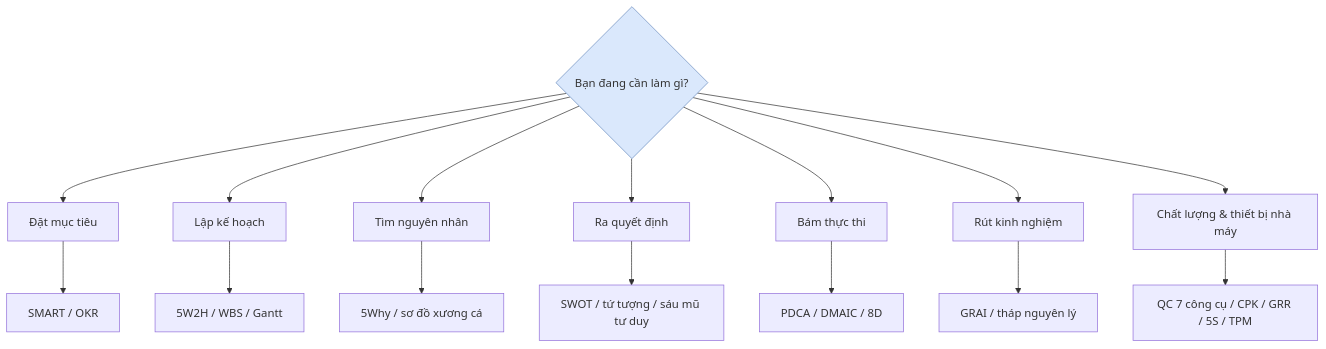
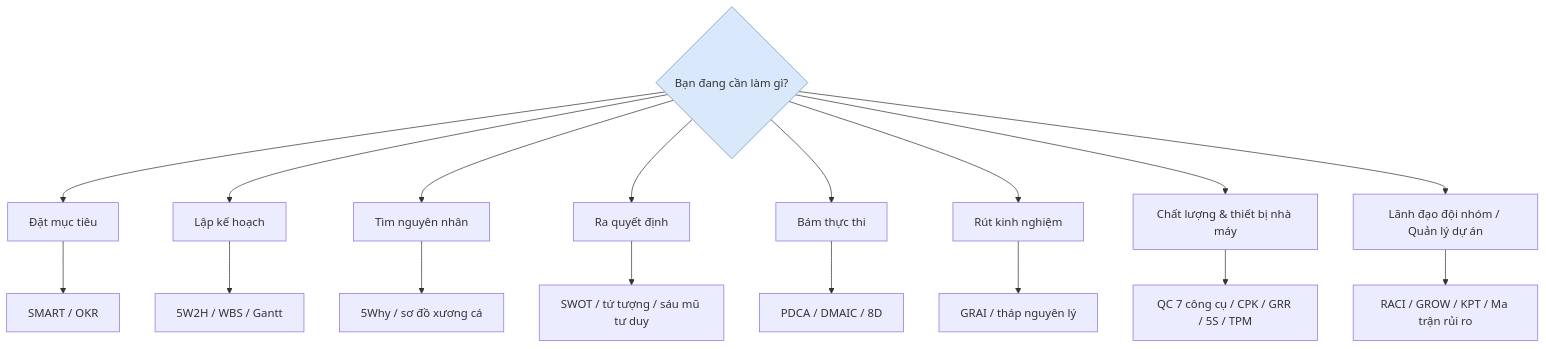
The first of 52 diagrams in README.vi.md (hoverwr-bit/management-methods), drawn with Mermaid before and after one commit. The commit also changed other lines of this file and 5 other files, not shown here.

Commit message:
新增21个工具至60个：产线平衡/看板/VSM/EOQ/三现/4M变更/目视化/AQL/控制计划/SDCA/FIFO/Kano/PEST/安索夫/RACI/GROW/KPT/冲突策略/马斯洛/CPM/风险矩阵，三语同步

````diff
--- a/README.vi.md
+++ b/README.vi.md
@@ -33,12 +39,13 @@
 ```mermaid
 flowchart TB
     Q{"Bạn đang cần làm gì?"}
     Q --> A["Đặt mục tiêu"] --> A1["SMART / OKR"]
     Q --> B["Lập kế hoạch"] --> B1["5W2H / WBS / Gantt"]
     Q --> C["Tìm nguyên nhân"] --> C1["5Why / sơ đồ xương cá"]
     Q --> D["Ra quyết định"] --> D1["SWOT / tứ tượng / sáu mũ tư duy"]
     Q --> E["Bám thực thi"] --> E1["PDCA / DMAIC / 8D"]
     Q --> F["Rút kinh nghiệm"] --> F1["GRAI / tháp nguyên lý"]
     Q --> G["Chất lượng & thiết bị nhà máy"] --> G1["QC 7 công cụ / CPK / GRR / 5S / TPM"]
+    Q --> H["Lãnh đạo đội nhóm / Quản lý dự án"] --> H1["RACI / GROW / KPT / Ma trận rủi ro"]
     style Q fill:#dae8fc,stroke:#6c8ebf
 ```
````
